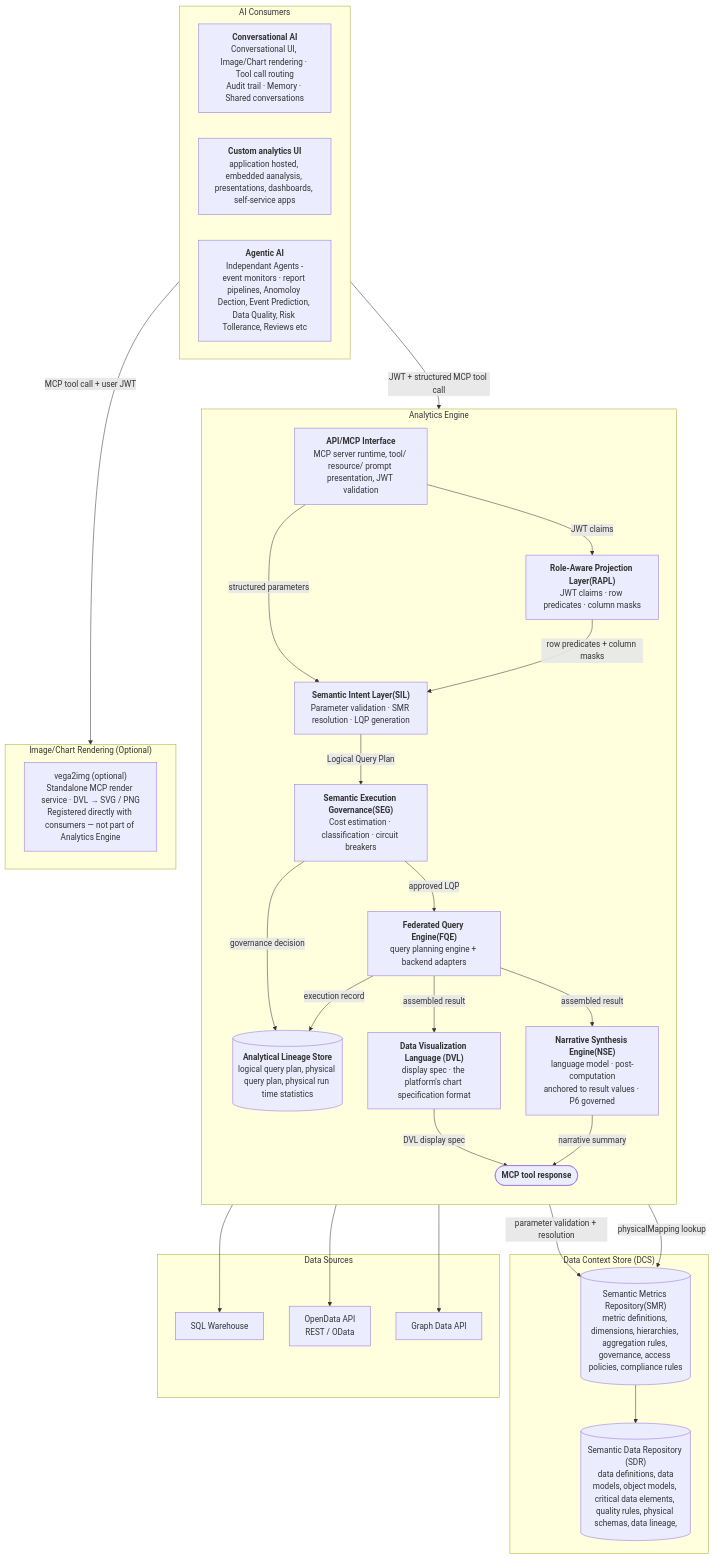
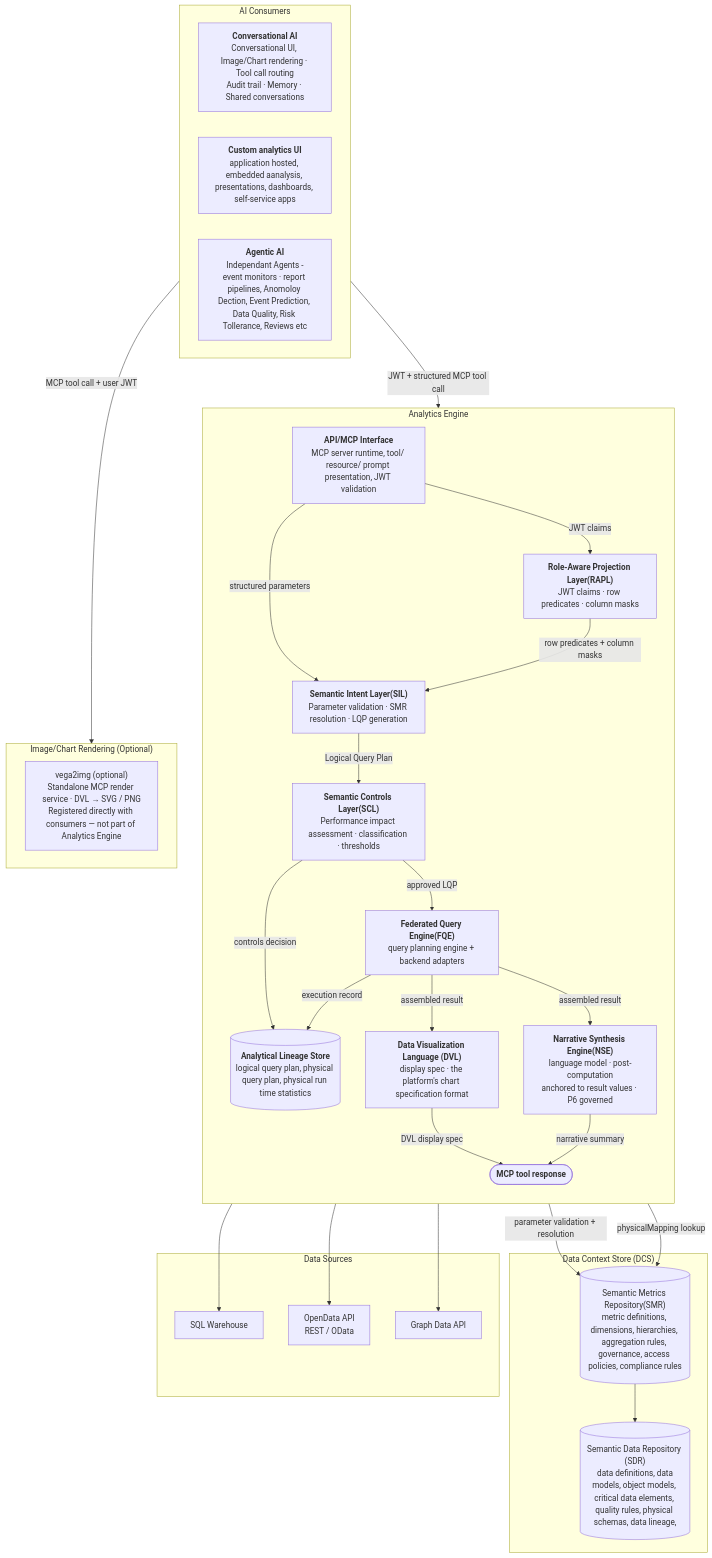
The first of 6 diagrams in docs/product/analytics/02-core-capabilities.md (M-A-Operating-System/shared-work), drawn with Mermaid before and after one commit. The commit also changed other lines of this file and 8 other files, not shown here.

First line of the commit message:
Rebrand SEG→SCL, governance→controls, cost→performance impact

````diff
--- a/docs/product/analytics/02-core-capabilities.md
+++ b/docs/product/analytics/02-core-capabilities.md
@@ -57,55 +57,55 @@
 ```mermaid
 flowchart TD
     subgraph Consumers["AI Consumers"]
         direction LR
         ChatComp["<b>Conversational AI</b>\nConversational UI, Image/Chart rendering · Tool call routing\nAudit trail · Memory · Shared conversations"]
         CustomUI["<b>Custom analytics UI</b>\napplication hosted, embedded aanalysis, presentations, dashboards, self-service apps"]
         Agents["<b>Agentic AI</b>\n Independant Agents - event monitors · report pipelines, Anomoloy Dection, Event Prediction, Data Quality, Risk Tollerance, Reviews etc"]
     end
 
     subgraph analytics["Analytics Engine"]
         direction TB
         MCP["<b>API/MCP Interface</b>\nMCP server runtime, tool/ resource/ prompt presentation, JWT validation"]
         SIL["<b>Semantic Intent Layer(SIL)</b>\nParameter validation · SMR resolution · LQP generation"]
         RAPL["<b>Role-Aware Projection Layer(RAPL)</b>\nJWT claims · row predicates · column masks"]
-        SEG["<b>Semantic Execution Governance(SEG)</b>\nCost estimation · classification · circuit breakers"]
+        SCL["<b>Semantic Controls Layer(SCL)</b>\nPerformance impact assessment · classification · thresholds"]
         FQE["<b>Federated Query Engine(FQE)</b>\nquery planning engine + backend adapters"]
         VO["<b>Data Visualization Language (DVL)</b>\ndisplay spec · the platform's chart specification format"]
         NSE["<b>Narrative Synthesis Engine(NSE)</b>\nlanguage model · post-computation\nanchored to result values · P6 governed"]
         LS[("<b>Analytical Lineage Store</b>\nlogical query plan, physical query plan, physical run time statistics")]
         Result(["<b>MCP tool response</b\nwrapped display_spec + data + narrative + provenance artifact(optional) + result_id"])
     end
 
      subgraph Image["Image/Chart Rendering (Optional)"]
             vega2img["vega2img (optional)\nStandalone MCP render service · DVL → SVG / PNG\nRegistered directly with consumers — not part of Analytics Engine"]
     end
 
     subgraph dcs["Data Context Store (DCS)"]
         SMR[("Semantic Metrics Repository(SMR)\nmetric definitions, dimensions, hierarchies, aggregation rules, governance, access policies, compliance rules ")]
         SDR[("Semantic Data Repository (SDR)\n data definitions, data models, object models, critical data elements, quality rules, physical schemas, data lineage,")]
         SMR --> SDR
     end
 
     subgraph backends["Data Sources"]
         SQL["SQL Warehouse"]
         ODA["OpenData API\nREST / OData"]
         GDA["Graph Data API"]
     end
 
     Consumers -->|"JWT + structured MCP tool call"| MCP
     Consumers -->|"MCP tool call + user JWT"| Image
     MCP -->|"structured parameters"| SIL
     MCP -->|"JWT claims"| RAPL
     RAPL -->|"row predicates + column masks"| SIL
     SIL -->|"parameter validation + resolution"| SMR
-    SIL -->|"Logical Query Plan"| SEG
-    SEG -->|"approved LQP"| FQE
-    SEG -->|"governance decision"| LS
+    SIL -->|"Logical Query Plan"| SCL
+    SCL -->|"approved LQP"| FQE
+    SCL -->|"controls decision"| LS
     FQE -->|"physicalMapping lookup"| SMR
     FQE --> SQL & ODA & GDA
     FQE -->|"execution record"| LS
     FQE -->|"assembled result"| VO
     FQE -->|"assembled result"| NSE
     VO -->|"DVL display spec"| Result
     NSE -->|"narrative summary"| Result
 ```
````
